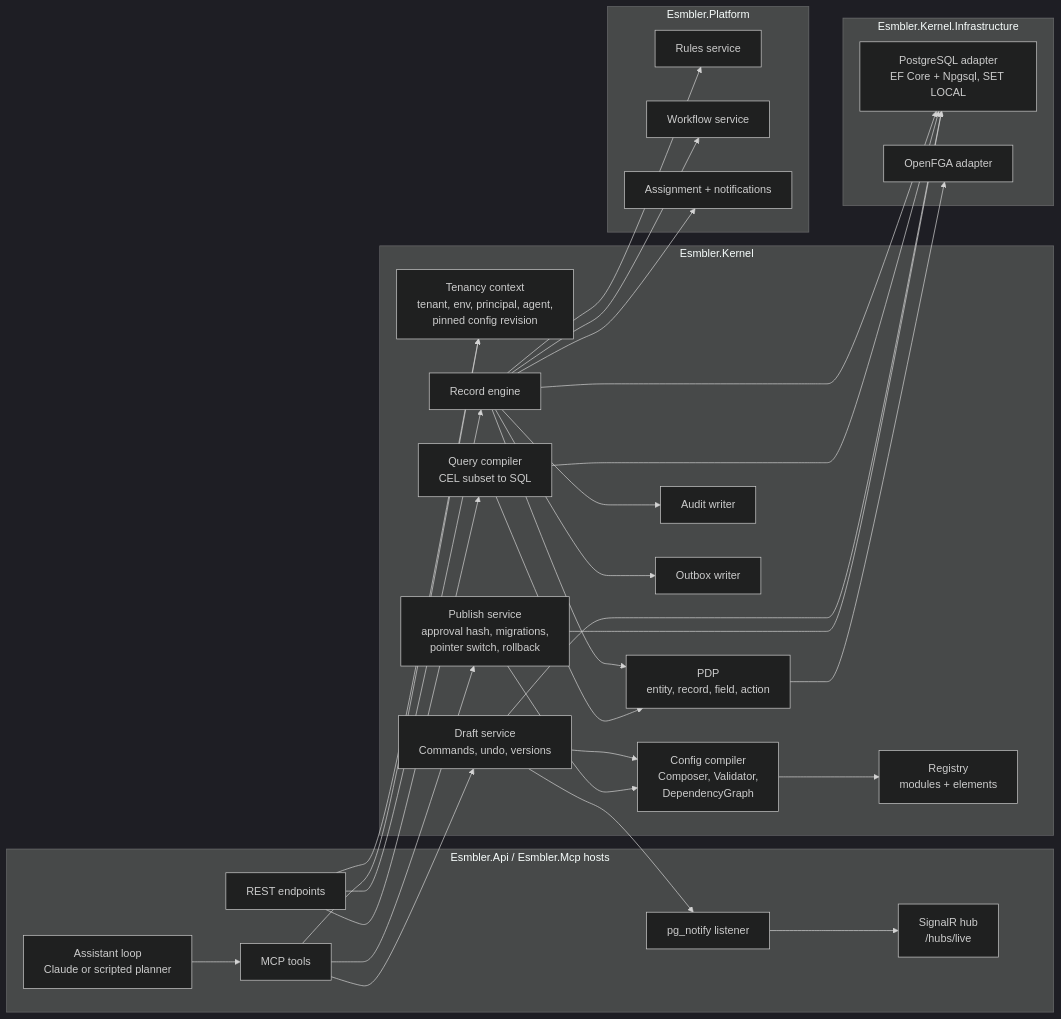
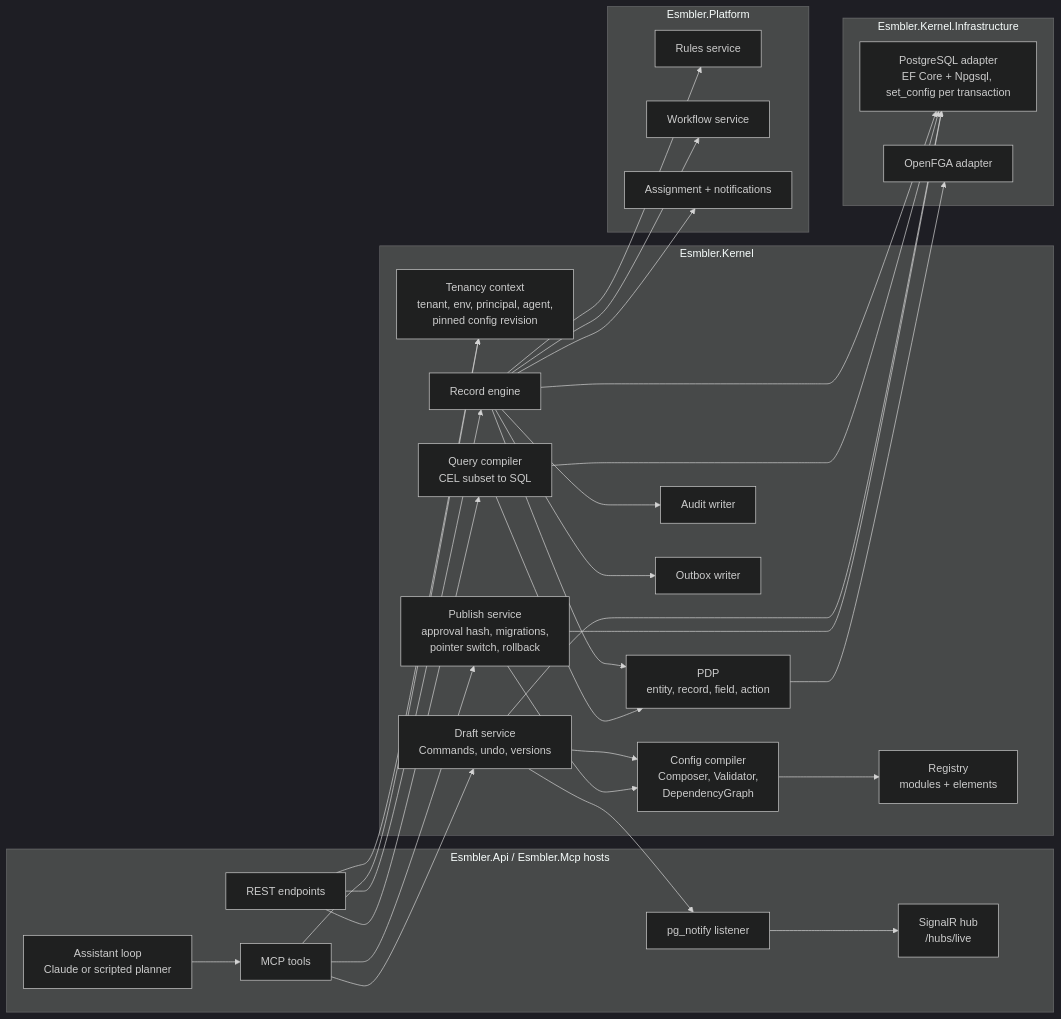
Before and after one commit to DeadEndGG/esmbler: the third of 7 diagrams in docs/architecture/overview.md, drawn with Mermaid (dark theme). The commit also changed other lines of this file and 104 other files, not shown here.

````diff
--- a/docs/architecture/overview.md
+++ b/docs/architecture/overview.md
@@ -115,56 +119,56 @@
 ```mermaid
 flowchart LR
     subgraph host[Esmbler.Api / Esmbler.Mcp hosts]
         rest[REST endpoints]
         hub[SignalR hub<br/>/hubs/live]
         loop[Assistant loop<br/>Claude or scripted planner]
         tools[MCP tools]
         listen[pg_notify listener]
     end
     subgraph kernel[Esmbler.Kernel]
         ctx[Tenancy context<br/>tenant, env, principal, agent,<br/>pinned config revision]
         pdp[PDP<br/>entity, record, field, action]
         rec[Record engine]
         qc[Query compiler<br/>CEL subset to SQL]
         draft[Draft service<br/>Commands, undo, versions]
         cc[Config compiler<br/>Composer, Validator,<br/>DependencyGraph]
         pub[Publish service<br/>approval hash, migrations,<br/>pointer switch, rollback]
         audit[Audit writer]
         outbox[Outbox writer]
         reg[Registry<br/>modules + elements]
     end
     subgraph platform[Esmbler.Platform]
         rules[Rules service]
         wf[Workflow service]
         asg[Assignment + notifications]
     end
     subgraph infra[Esmbler.Kernel.Infrastructure]
-        pgad[PostgreSQL adapter<br/>EF Core + Npgsql, SET LOCAL]
+        pgad[PostgreSQL adapter<br/>EF Core + Npgsql, set_config per transaction]
         fgaad[OpenFGA adapter]
     end
 
     rest --> ctx
     tools --> ctx
     loop --> tools
     rest --> rec
     rest --> qc
     tools --> draft
     tools --> pub
     rec --> pdp
     qc --> pdp
     rec --> rules
     rec --> wf
     rec --> asg
     rec --> audit
     rec --> outbox
     draft --> cc
     pub --> cc
     cc --> reg
     draft --> listen
     listen --> hub
     pdp --> fgaad
     rec --> pgad
     qc --> pgad
     draft --> pgad
     pub --> pgad
 ```
````
